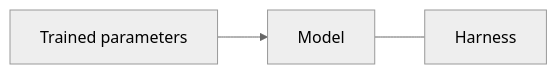
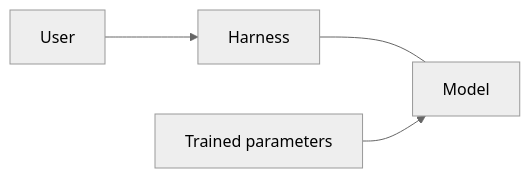
One commit to speedscale/mock-lab changed the first of 4 diagrams in AI-CONTEXT.md. Above: the diagram before and after it, drawn with Mermaid (neutral theme). The commit also changed other lines of this file, not shown here.

````diff
--- a/AI-CONTEXT.md
+++ b/AI-CONTEXT.md
@@ -7,5 +7,6 @@
 ```mermaid
 flowchart LR
-    W["Trained parameters"] --> M["Model"]
-    M --- H["Harness"]
+    U["User"] --> H["Harness"]
+    H --- M["Model"]
+    W["Trained parameters"] --> M
 ```
````
